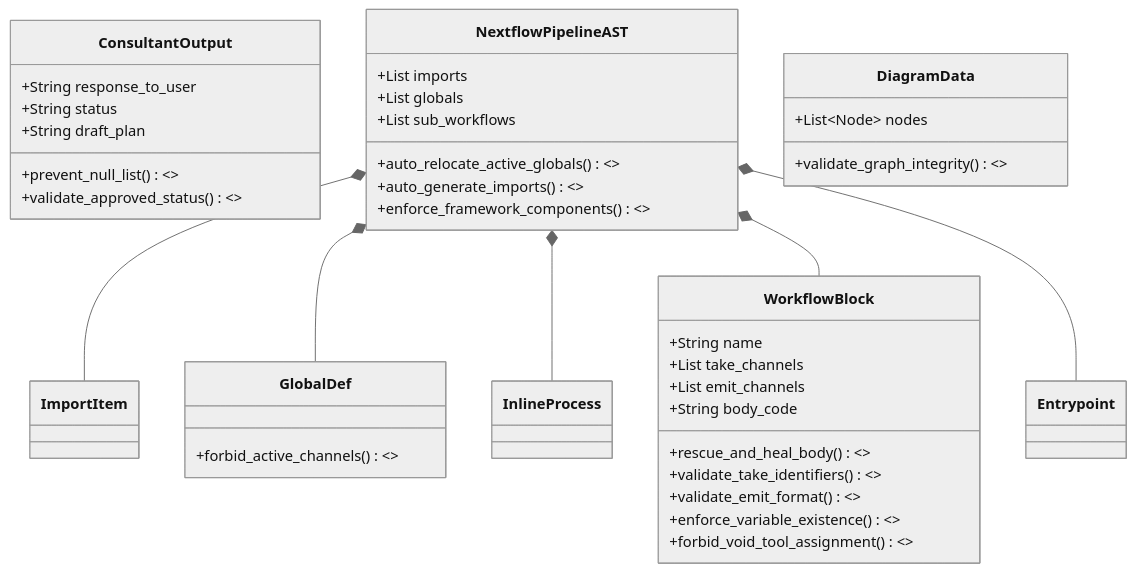
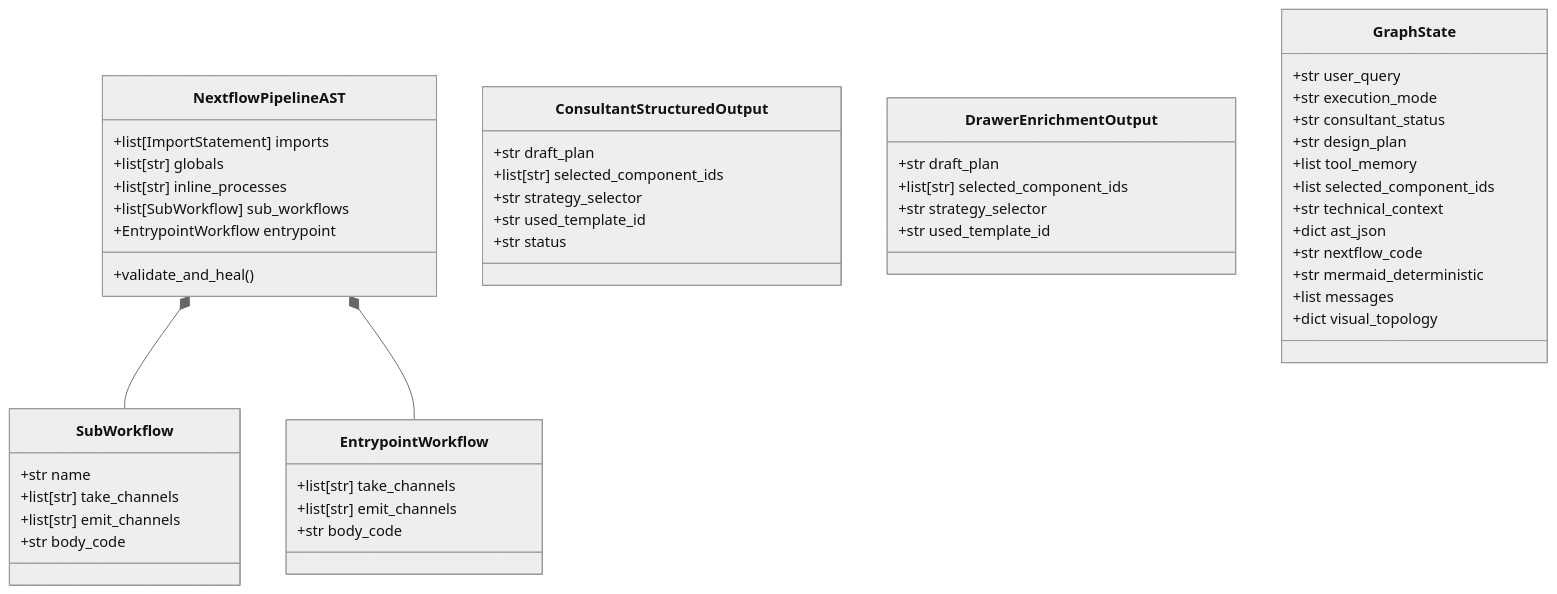
The diagram in backend/core/models/README.md (genpat-it/cohesive-llm), drawn with Mermaid (neutral theme) before and after one commit. The commit also changed other lines of this file and 21 other files, not shown here.

Commit message:
refactor: update core model documentation and Pydantic AST schema structures

````diff
--- a/backend/core/models/README.md
+++ b/backend/core/models/README.md
@@ -35,48 +9,57 @@
 ```mermaid
 classDiagram
-    %% Consultant Constraints (Implements Deterministic Approval Short-Circuiting)
-    class ConsultantOutput {
-        +String response_to_user
-        +String status
-        +String draft_plan
-        +prevent_null_list() <<validator>>
-        +validate_approved_status() <<fatal validator>>
+    class NextflowPipelineAST {
+        +list[ImportStatement] imports
+        +list[str] globals
+        +list[str] inline_processes
+        +list[SubWorkflow] sub_workflows
+        +EntrypointWorkflow entrypoint
+        +validate_and_heal()
     }
 
-    %% Core Nextflow Pipeline Object
-    NextflowPipelineAST *-- ImportItem
-    NextflowPipelineAST *-- GlobalDef
-    NextflowPipelineAST *-- InlineProcess
-    NextflowPipelineAST *-- WorkflowBlock
-    NextflowPipelineAST *-- Entrypoint
-
-    class NextflowPipelineAST {
-        +List imports
-        +List globals
-        +List sub_workflows
-        +auto_relocate_active_globals() <<healer>>
-        +auto_generate_imports() <<healer>>
-        +enforce_framework_components() <<fatal validator>>
-    }
-    
-    class WorkflowBlock {
-        +String name
-        +List take_channels
-        +List emit_channels
-        +String body_code
-        +rescue_and_heal_body() <<healer>>
-        +validate_take_identifiers() <<fatal validator>>
-        +validate_emit_format() <<fatal validator>>
-        +enforce_variable_existence() <<fatal validator>>
-        +forbid_void_tool_assignment() <<fatal validator>>
-    }
-    
-    class GlobalDef {
-        +forbid_active_channels() <<fatal validator>>
+    class SubWorkflow {
+        +str name
+        +list[str] take_channels
+        +list[str] emit_channels
+        +str body_code
     }
 
-    class DiagramData {
-        +List~Node~ nodes
-        +validate_graph_integrity() <<fatal validator>>
+    class EntrypointWorkflow {
+        +list[str] take_channels
+        +list[str] emit_channels
+        +str body_code
     }
+
+    class ConsultantStructuredOutput {
+        +str draft_plan
+        +list[str] selected_component_ids
+        +str strategy_selector
+        +str used_template_id
+        +str status
+    }
+
+    class DrawerEnrichmentOutput {
+        +str draft_plan
+        +list[str] selected_component_ids
+        +str strategy_selector
+        +str used_template_id
+    }
+
+    class GraphState {
+        +str user_query
+        +str execution_mode
+        +str consultant_status
+        +str design_plan
+        +list tool_memory
+        +list selected_component_ids
+        +str technical_context
+        +dict ast_json
+        +str nextflow_code
+        +str mermaid_deterministic
+        +list messages
+        +dict visual_topology
+    }
+
+    NextflowPipelineAST *-- SubWorkflow
+    NextflowPipelineAST *-- EntrypointWorkflow
 ```
````
